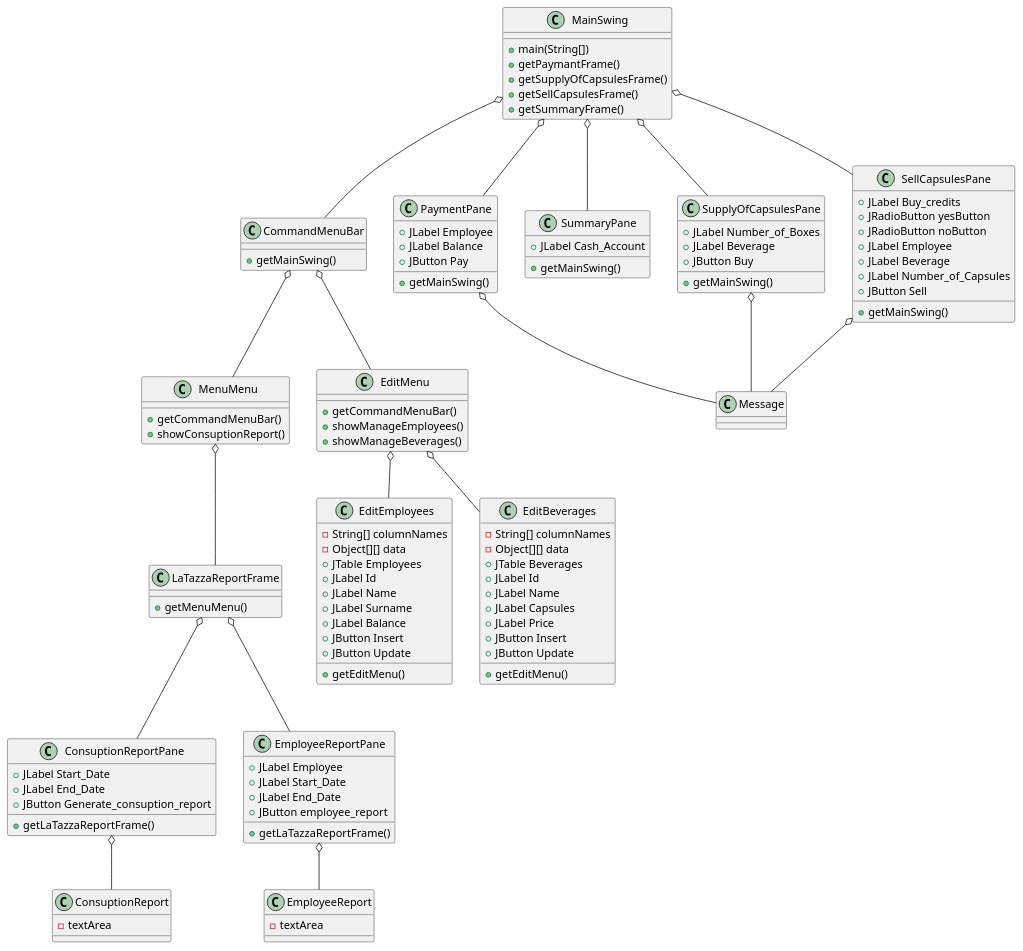
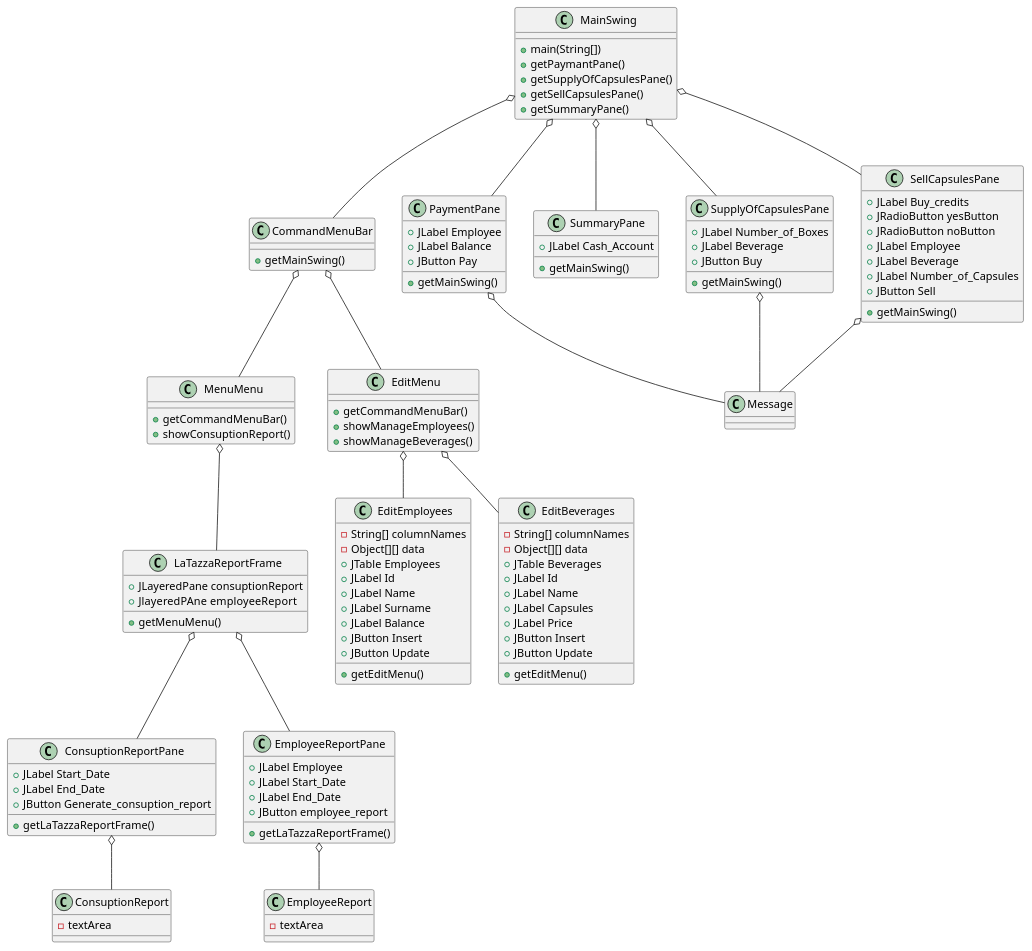
The fifth of 7 diagrams in templates/DesignDocumentTemplate.md (salvatore-dimartino/LaTazza), drawn with PlantUML before and after one commit.

```diff
--- a/templates/DesignDocumentTemplate.md
+++ b/templates/DesignDocumentTemplate.md
@@ -291,10 +291,10 @@
 
 class MainSwing {
     +main(String[])
-    +getPaymantFrame()
-    +getSupplyOfCapsulesFrame()
-    +getSellCapsulesFrame()
-    +getSummaryFrame()
+    +getPaymantPane()
+    +getSupplyOfCapsulesPane()
+    +getSellCapsulesPane()
+    +getSummaryPane()
 }
 
 class PaymentPane {
@@ -369,6 +369,8 @@
 }
 
 class LaTazzaReportFrame {
+    +JLayeredPane consuptionReport
+    +JlayeredPAne  employeeReport
     +getMenuMenu()
 }
 
```
